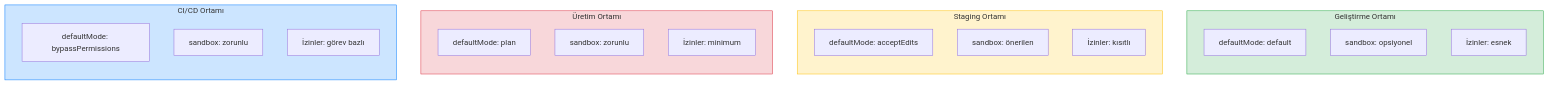
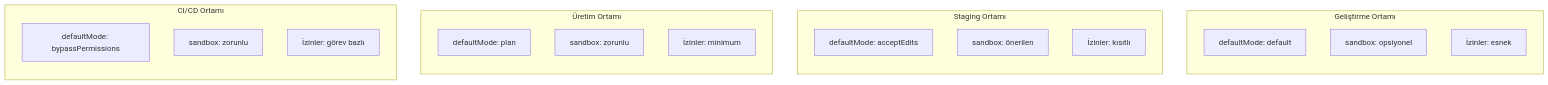
Before and after one commit to IzzetYasinAtes/ClaudeCodeHandbook: the fourth of 5 diagrams in 10-izinler-ve-guvenlik/05-guvenlik-en-iyi-uygulamalar.md, drawn with Mermaid. The commit also changed other lines of this file and 97 other files, not shown here.

Commit message:
Remove all custom Mermaid style/fill colors from 98 markdown files for consistent dark theme rendering

````diff
--- a/10-izinler-ve-guvenlik/05-guvenlik-en-iyi-uygulamalar.md
+++ b/10-izinler-ve-guvenlik/05-guvenlik-en-iyi-uygulamalar.md
@@ -334,35 +330,31 @@
 ```mermaid
 flowchart TD
     subgraph dev ["Geliştirme Ortamı"]
         direction TB
         DEV_MODE["defaultMode: default"]
         DEV_SANDBOX["sandbox: opsiyonel"]
         DEV_PERM["İzinler: esnek"]
     end
 
     subgraph staging ["Staging Ortamı"]
         direction TB
         STG_MODE["defaultMode: acceptEdits"]
         STG_SANDBOX["sandbox: önerilen"]
         STG_PERM["İzinler: kısıtlı"]
     end
 
     subgraph prod ["Üretim Ortamı"]
         direction TB
         PRD_MODE["defaultMode: plan"]
         PRD_SANDBOX["sandbox: zorunlu"]
         PRD_PERM["İzinler: minimum"]
     end
 
     subgraph cicd ["CI/CD Ortamı"]
         direction TB
         CI_MODE["defaultMode: bypassPermissions"]
         CI_SANDBOX["sandbox: zorunlu"]
         CI_PERM["İzinler: görev bazlı"]
     end
 
-    style dev fill:#d4edda,stroke:#28a745
-    style staging fill:#fff3cd,stroke:#ffc107
-    style prod fill:#f8d7da,stroke:#dc3545
-    style cicd fill:#cce5ff,stroke:#007bff
 ```
````
